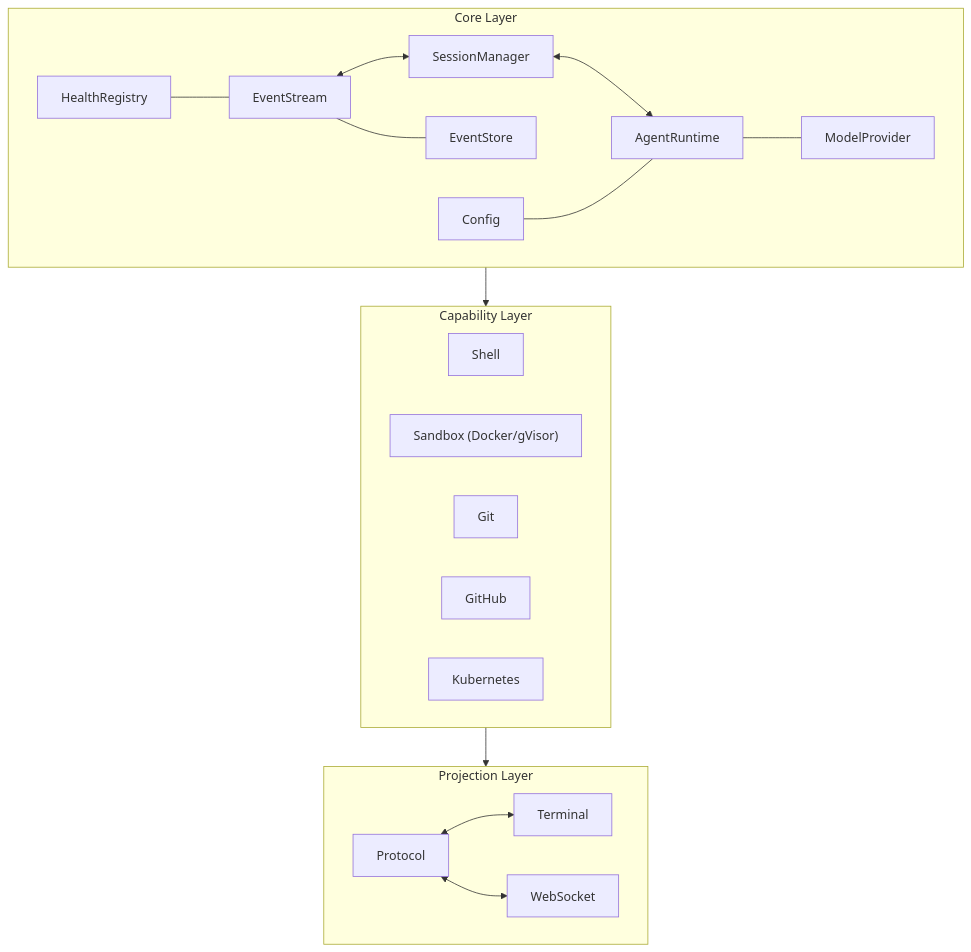
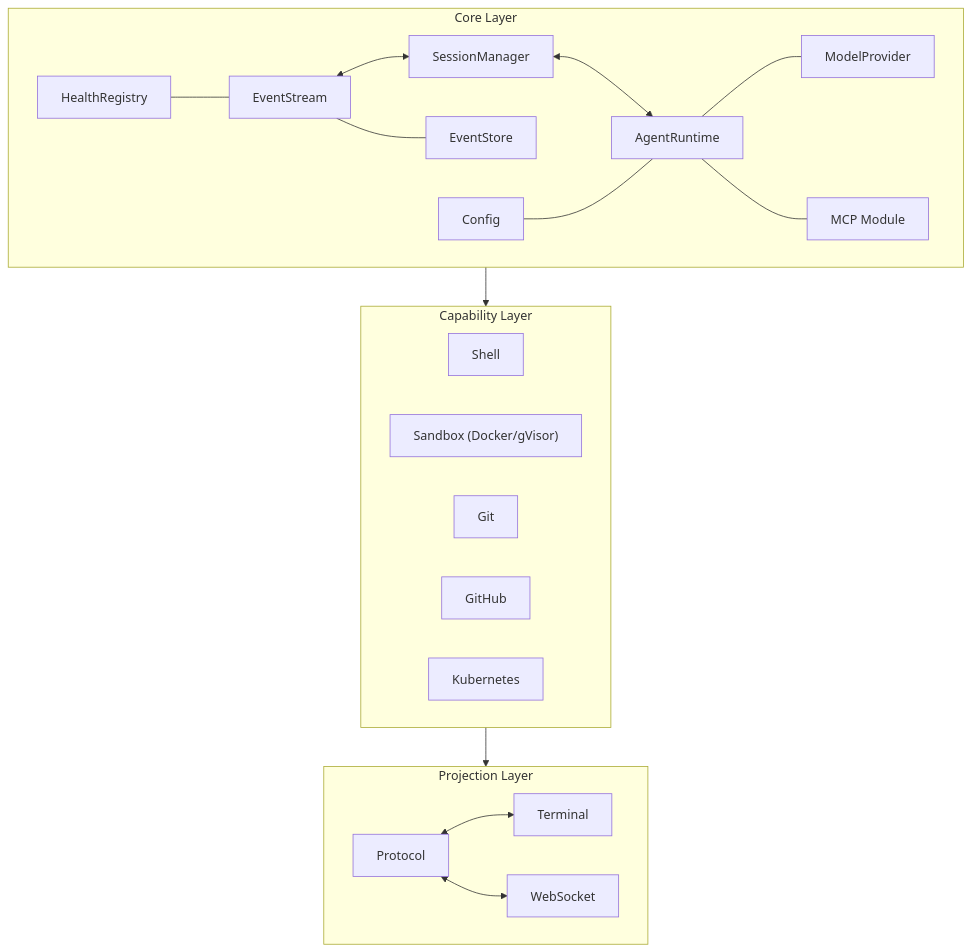
The diagram in README.md (allentv/kayak-lab), drawn with Mermaid before and after one commit. The commit also changed other lines of this file and 30 other files, not shown here.

````diff
--- a/README.md
+++ b/README.md
@@ -9,30 +9,31 @@
 ```mermaid
 graph TB
     subgraph Core["Core Layer"]
         ES["EventStream"] <--> SM["SessionManager"]
         SM <--> AR["AgentRuntime"]
         ES --- ESTORE["EventStore"]
         AR --- MP["ModelProvider"]
+        AR --- MCP["MCP Module"]
         HR["HealthRegistry"] --- ES
         CFG["Config"] --- AR
     end
 
     subgraph Capabilities["Capability Layer"]
         Shell["Shell"]
         Sandbox["Sandbox (Docker/gVisor)"]
         Git["Git"]
         GitHub["GitHub"]
         K8s["Kubernetes"]
     end
 
     subgraph Projections["Projection Layer"]
         Protocol["Protocol"]
         Terminal["Terminal"]
         WebSocket["WebSocket"]
         Protocol <--> Terminal
         Protocol <--> WebSocket
     end
 
     Core --> Capabilities
     Capabilities --> Projections
 ```
````
